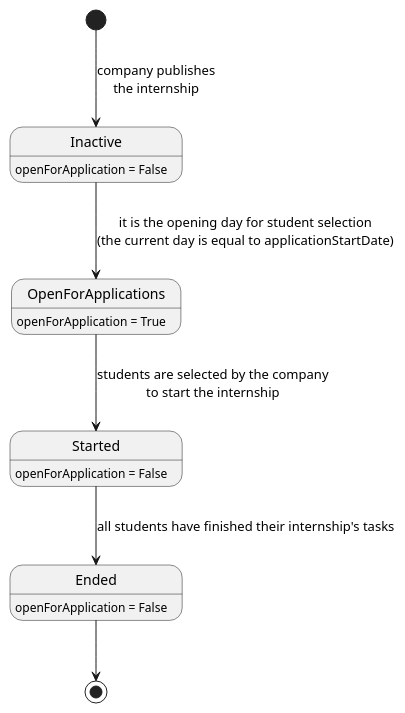
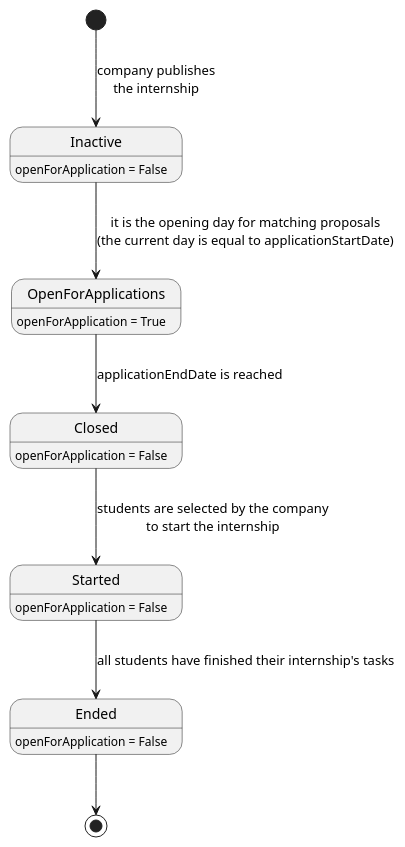
One commit to matti8702/R_and_DD_project_SE2 changed the diagram in RASD/Overall_description/uml_diagrams/internship_state_diagram.puml. Above: the diagram before and after it, drawn with PlantUML. The commit also changed 2 other files, not shown here.

Commit message:
fix: fix internship_state_diagram

```diff
--- a/RASD/Overall_description/uml_diagrams/internship_state_diagram.puml
+++ b/RASD/Overall_description/uml_diagrams/internship_state_diagram.puml
@@ -1,13 +1,15 @@
 @startuml internship_state_diagram
 
 [*] --> Inactive: company publishes\nthe internship
-Inactive --> OpenForApplications: it is the opening day for student selection\n(the current day is equal to applicationStartDate)
-OpenForApplications --> Started: students are selected by the company\nto start the internship
+Inactive --> OpenForApplications: it is the opening day for matching proposals\n(the current day is equal to applicationStartDate)
+OpenForApplications --> Closed: applicationEndDate is reached
+Closed --> Started: students are selected by the company\nto start the internship
 Started --> Ended: all students have finished their internship's tasks
 Ended --> [*]
 
 Inactive: openForApplication = False
 OpenForApplications: openForApplication = True
+Closed: openForApplication = False
 Started: openForApplication = False
 Ended: openForApplication = False
 @enduml
```
